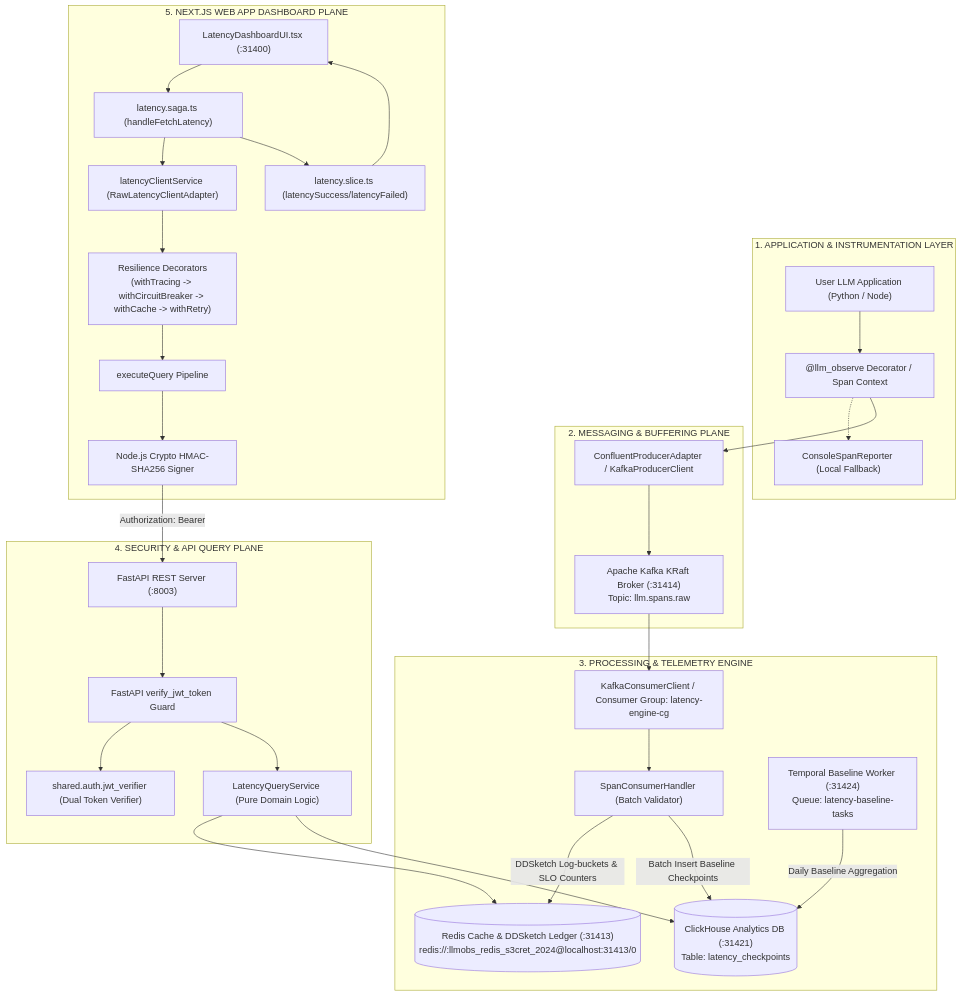
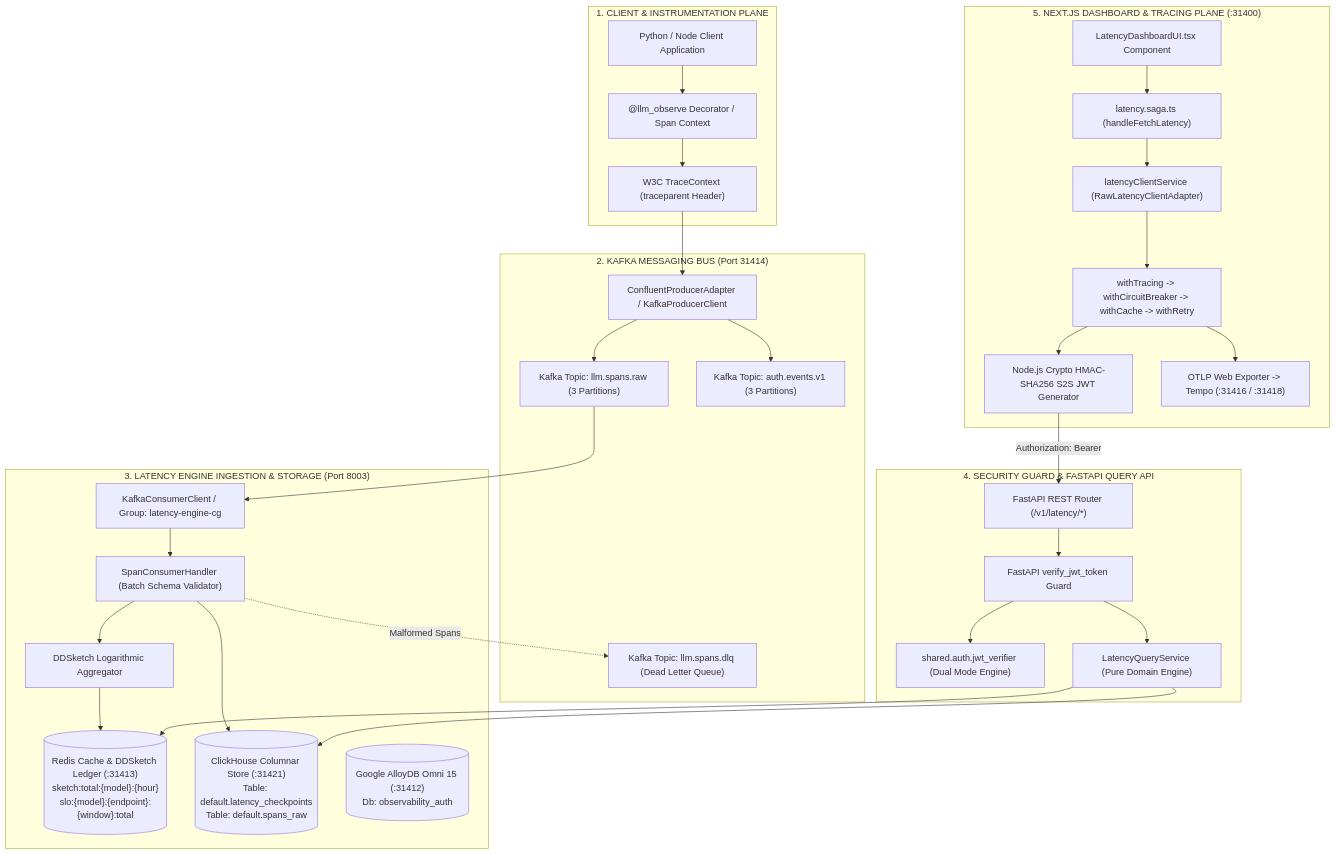
The first of 4 diagrams in packages/node/web-app/adr/0007-latency-engine-end-to-end-integration-and-security.md (Chief-Strategist-J/llm-observability-platform), drawn with Mermaid before and after one commit. The commit also changed other lines of this file, not shown here.

Commit message:
docs(adr): update and expand ADR-0007 with DDL schemas, Kafka topics, auth verification, and W3C tracing

````diff
--- a/packages/node/web-app/adr/0007-latency-engine-end-to-end-integration-and-security.md
+++ b/packages/node/web-app/adr/0007-latency-engine-end-to-end-integration-and-security.md
@@ -23,63 +27,67 @@
 ```mermaid
 flowchart TD
-    subgraph Layer1["1. APPLICATION & INSTRUMENTATION LAYER"]
-        ClientApp["User LLM Application (Python / Node)"]
+    subgraph ClientAppPlane["1. CLIENT & INSTRUMENTATION PLANE"]
+        UserApp["Python / Node Client Application"]
         SDKDecorator["@llm_observe Decorator / Span Context"]
-        ConsoleReporter["ConsoleSpanReporter (Local Fallback)"]
-        ClientApp --> SDKDecorator
-        SDKDecorator -.-> ConsoleReporter
+        TracingContext["W3C TraceContext (traceparent Header)"]
+
+        UserApp --> SDKDecorator
+        SDKDecorator --> TracingContext
     end
 
-    subgraph Layer2["2. MESSAGING & BUFFERING PLANE"]
+    subgraph KafkaPlane["2. KAFKA MESSAGING BUS (Port 31414)"]
         KafkaProducer["ConfluentProducerAdapter / KafkaProducerClient"]
-        KafkaBroker["Apache Kafka KRaft Broker (:31414)\nTopic: llm.spans.raw"]
-        SDKDecorator --> KafkaProducer
-        KafkaProducer --> KafkaBroker
+        TopicRaw["Kafka Topic: llm.spans.raw (3 Partitions)"]
+        TopicAuth["Kafka Topic: auth.events.v1 (3 Partitions)"]
+        TopicDLQ["Kafka Topic: llm.spans.dlq (Dead Letter Queue)"]
+
+        TracingContext --> KafkaProducer
+        KafkaProducer --> TopicRaw
+        KafkaProducer --> TopicAuth
     end
 
-    subgraph Layer3["3. PROCESSING & TELEMETRY ENGINE"]
-        KafkaConsumer["KafkaConsumerClient / Consumer Group: latency-engine-cg"]
-        SpanHandler["SpanConsumerHandler (Batch Validator)"]
-        RedisCache[("Redis Cache & DDSketch Ledger (:31413)\nredis://:llmobs_redis_s3cret_2024@localhost:31413/0")]
-        ClickHouseDB[("ClickHouse Analytics DB (:31421)\nTable: latency_checkpoints")]
-        TemporalWorker["Temporal Baseline Worker (:31424)\nQueue: latency-baseline-tasks"]
+    subgraph IngestionEnginePlane["3. LATENCY ENGINE INGESTION & STORAGE (Port 8003)"]
+        KafkaConsumer["KafkaConsumerClient / Group: latency-engine-cg"]
+        SpanHandler["SpanConsumerHandler (Batch Schema Validator)"]
+        DDSketchEngine["DDSketch Logarithmic Aggregator"]
+        RedisStore[("Redis Cache & DDSketch Ledger (:31413)\nsketch:total:{model}:{hour}\nslo:{model}:{endpoint}:{window}:total")]
+        ClickHouseDB[("ClickHouse Columnar Store (:31421)\nTable: default.latency_checkpoints\nTable: default.spans_raw")]
+        AlloyDB[("Google AlloyDB Omni 15 (:31412)\nDb: observability_auth")]
 
-        KafkaBroker --> KafkaConsumer
+        TopicRaw --> KafkaConsumer
         KafkaConsumer --> SpanHandler
-        SpanHandler -->|DDSketch Log-buckets & SLO Counters| RedisCache
-        SpanHandler -->|Batch Insert Baseline Checkpoints| ClickHouseDB
-        TemporalWorker -->|Daily Baseline Aggregation| ClickHouseDB
+        SpanHandler --> DDSketchEngine
+        DDSketchEngine --> RedisStore
+        SpanHandler --> ClickHouseDB
+        SpanHandler -.->|Malformed Spans| TopicDLQ
     end
 
-    subgraph Layer4["4. SECURITY & API QUERY PLANE"]
-        FastAPIServer["FastAPI REST Server (:8003)"]
+    subgraph SecurityAPIPlane["4. SECURITY GUARD & FASTAPI QUERY API"]
+        FastAPI["FastAPI REST Router (/v1/latency/*)"]
         JWTGuard["FastAPI verify_jwt_token Guard"]
-        JWTVerifier["shared.auth.jwt_verifier (Dual Token Verifier)"]
-        QueryService["LatencyQueryService (Pure Domain Logic)"]
+        JWTVerifier["shared.auth.jwt_verifier (Dual Mode Engine)"]
+        QueryService["LatencyQueryService (Pure Domain Engine)"]
 
-        FastAPIServer --> JWTGuard
+        FastAPI --> JWTGuard
         JWTGuard --> JWTVerifier
         JWTGuard --> QueryService
-        QueryService --> RedisCache
+        QueryService --> RedisStore
         QueryService --> ClickHouseDB
     end
 
-    subgraph Layer5["5. NEXT.JS WEB APP DASHBOARD PLANE"]
-        ReactUI["LatencyDashboardUI.tsx (:31400)"]
+    subgraph WebAppPlane["5. NEXT.JS DASHBOARD & TRACING PLANE (:31400)"]
+        ReactUI["LatencyDashboardUI.tsx Component"]
         ReduxSaga["latency.saga.ts (handleFetchLatency)"]
-        ReduxSlice["latency.slice.ts (latencySuccess/latencyFailed)"]
         ClientAdapter["latencyClientService (RawLatencyClientAdapter)"]
-        ResilienceChain["Resilience Decorators\n(withTracing -> withCircuitBreaker -> withCache -> withRetry)"]
-        QueryPipeline["executeQuery Pipeline"]
-        CryptoSigner["Node.js Crypto HMAC-SHA256 Signer"]
+        ResilienceChain["withTracing -> withCircuitBreaker -> withCache -> withRetry"]
+        S2SSigner["Node.js Crypto HMAC-SHA256 S2S JWT Generator"]
+        TempoExporter["OTLP Web Exporter -> Tempo (:31416 / :31418)"]
 
         ReactUI --> ReduxSaga
         ReduxSaga --> ClientAdapter
         ClientAdapter --> ResilienceChain
-        ResilienceChain --> QueryPipeline
-        QueryPipeline --> CryptoSigner
-        CryptoSigner -->|Authorization: Bearer <S2S_JWT>| FastAPIServer
-        ReduxSaga --> ReduxSlice
-        ReduxSlice --> ReactUI
+        ResilienceChain --> S2SSigner
+        S2SSigner -->|Authorization: Bearer <S2S_JWT>| FastAPI
+        ResilienceChain --> TempoExporter
     end
 ```
````
